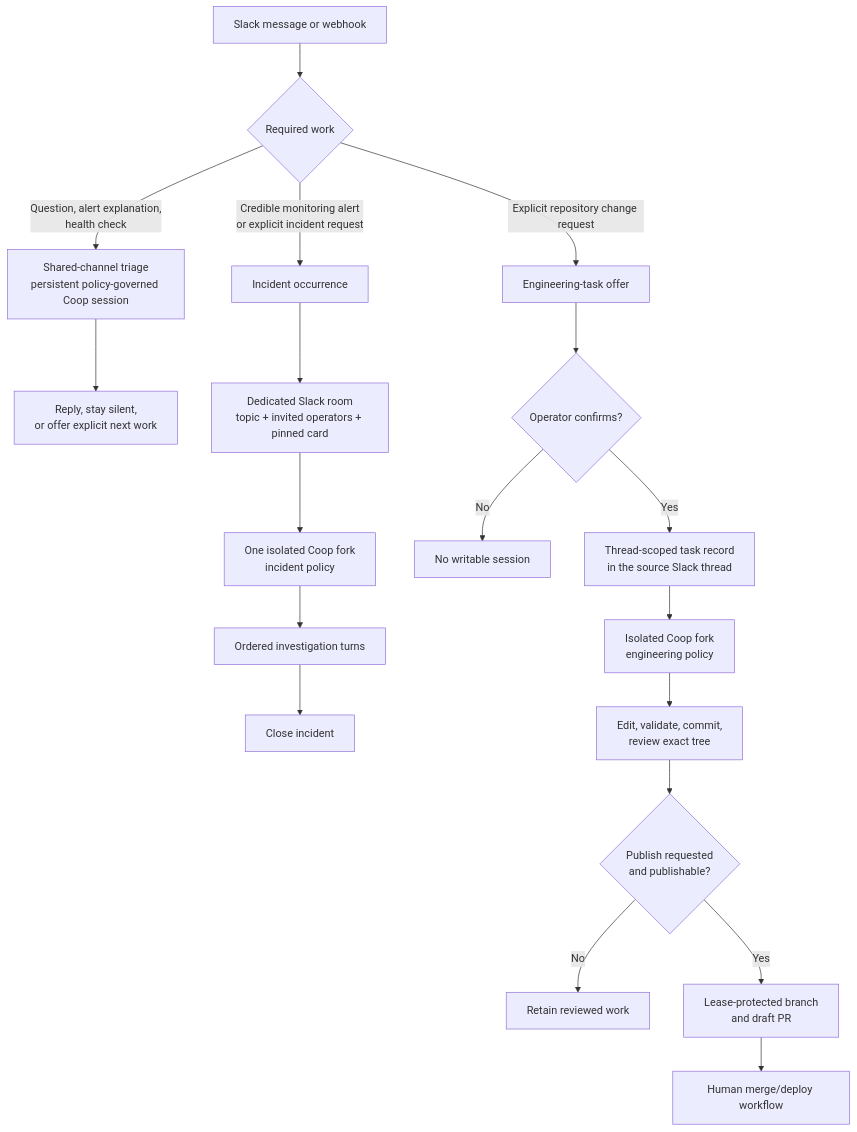
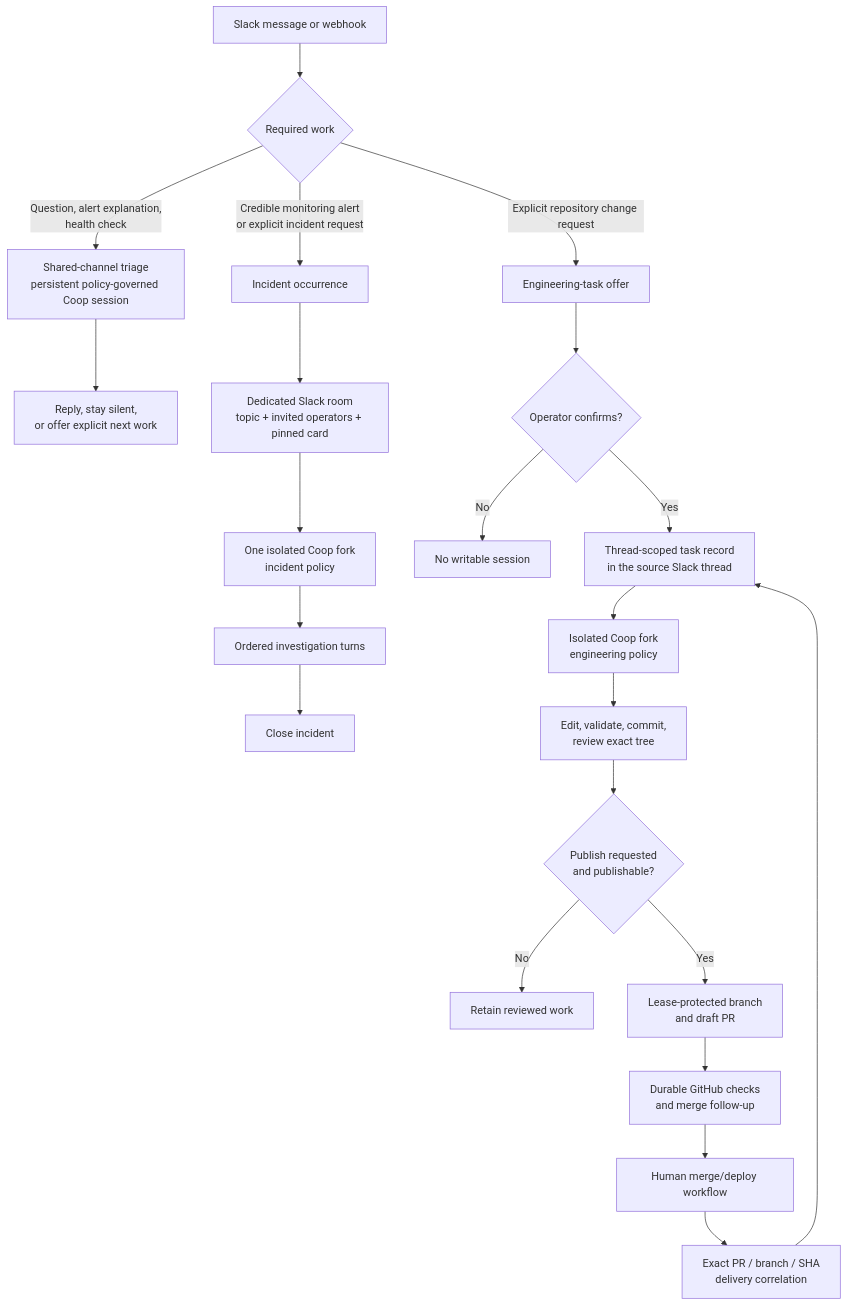
One commit to AndrewDryga/ryker changed the eighth of 11 diagrams in docs/how-responder-works.md. Above: the diagram before and after it, drawn with Mermaid. The commit also changed other lines of this file and 22 other files, not shown here.

Commit message:
feat: follow published work through delivery

````diff
--- a/docs/how-responder-works.md
+++ b/docs/how-responder-works.md
@@ -455,24 +455,27 @@
 ```mermaid
 flowchart TD
   Source["Slack message or webhook"] --> Mode{"Required work"}
 
   Mode -- "Question, alert explanation,<br/>health check" --> Shared["Shared-channel triage<br/>persistent policy-governed Coop session"]
   Shared --> SharedResult["Reply, stay silent,<br/>or offer explicit next work"]
 
   Mode -- "Credible monitoring alert<br/>or explicit incident request" --> Incident["Incident occurrence"]
   Incident --> Room["Dedicated Slack room<br/>topic + invited operators + pinned card"]
   Room --> IncidentSession["One isolated Coop fork<br/>incident policy"]
   IncidentSession --> Investigate["Ordered investigation turns"]
   Investigate --> CloseIncident["Close incident"]
 
   Mode -- "Explicit repository change request" --> TaskOffer["Engineering-task offer"]
   TaskOffer --> Confirm{"Operator confirms?"}
   Confirm -- No --> NoTask["No writable session"]
   Confirm -- Yes --> ThreadTask["Thread-scoped task record<br/>in the source Slack thread"]
   ThreadTask --> TaskSession["Isolated Coop fork<br/>engineering policy"]
   TaskSession --> Changes["Edit, validate, commit,<br/>review exact tree"]
   Changes --> Publish{"Publish requested<br/>and publishable?"}
   Publish -- No --> Retain["Retain reviewed work"]
   Publish -- Yes --> DraftPR["Lease-protected branch<br/>and draft PR"]
-  DraftPR --> External["Human merge/deploy workflow"]
+  DraftPR --> Followup["Durable GitHub checks<br/>and merge follow-up"]
+  Followup --> External["Human merge/deploy workflow"]
+  External --> Correlate["Exact PR / branch / SHA<br/>delivery correlation"]
+  Correlate --> ThreadTask
 ```
````
